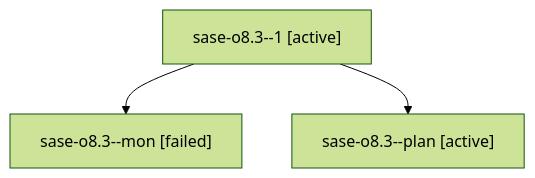
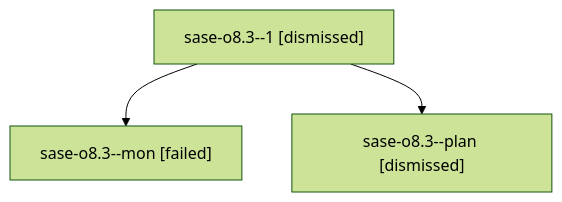
One commit to sase-org/sase--agents changed the diagram in sessions/bbugyi200.athena.sase-o8.3.md. Above: the diagram before and after it, drawn with Mermaid (forest theme). The commit also changed other lines of this file and 134 other files, not shown here.

````diff
--- a/sessions/bbugyi200.athena.sase-o8.3.md
+++ b/sessions/bbugyi200.athena.sase-o8.3.md
@@ -9,8 +9,8 @@
 ```mermaid
 flowchart TD
-  n0["sase-o8.3--1 [active]"]
+  n0["sase-o8.3--1 [dismissed]"]
   n1["sase-o8.3--mon [failed]"]
   n0 --> n1
-  n2["sase-o8.3--plan [active]"]
+  n2["sase-o8.3--plan [dismissed]"]
   n0 --> n2
 ```
````
